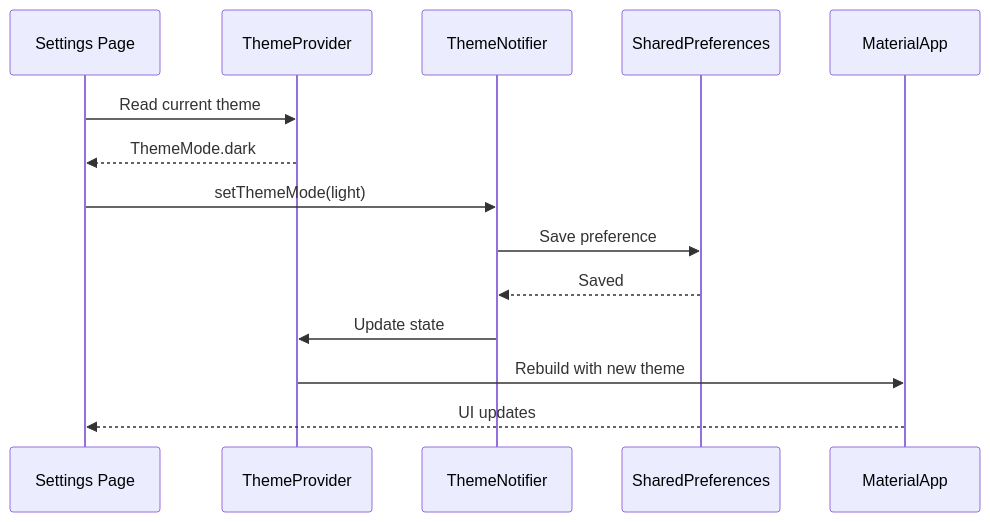
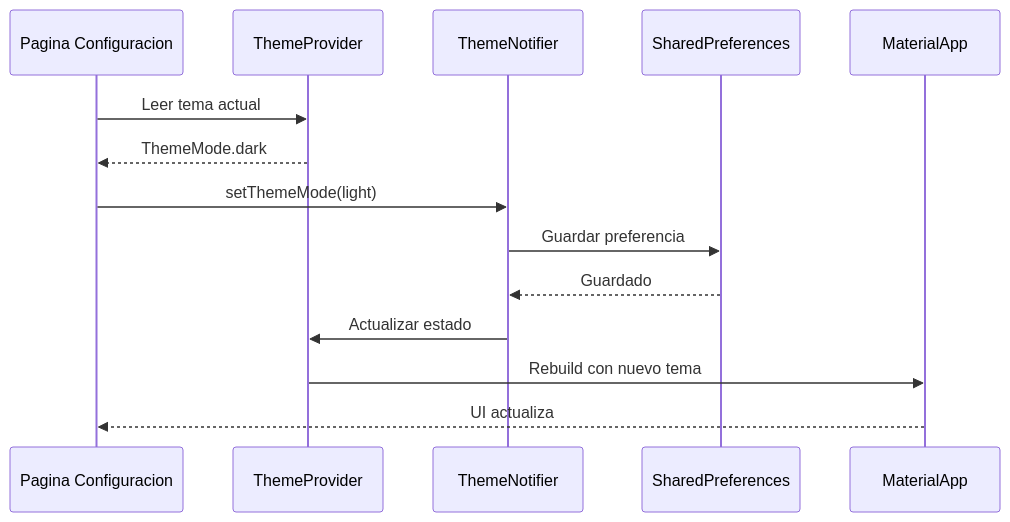
Before and after one commit to altrupets/monorepo: the fifth of 6 diagrams in docs/content/docs/mobile/features.md, drawn with Mermaid. The commit also changed other lines of this file and 4 other files, not shown here.

First line of the commit message:
fix(docs): simplify Mermaid diagrams to resolve rendering errors

````diff
--- a/docs/content/docs/mobile/features.md
+++ b/docs/content/docs/mobile/features.md
@@ -488,18 +488,18 @@
 ```mermaid
 sequenceDiagram
-    participant UI as Settings Page
+    participant UI as Pagina Configuracion
     participant TP as ThemeProvider
     participant TN as ThemeNotifier
     participant Prefs as SharedPreferences
     participant App as MaterialApp
-    
-    UI->>TP: Read current theme
+
+    UI->>TP: Leer tema actual
     TP-->>UI: ThemeMode.dark
-    
+
     UI->>TN: setThemeMode(light)
-    TN->>Prefs: Save preference
-    Prefs-->>TN: Saved
-    TN->>TP: Update state
-    TP->>App: Rebuild with new theme
-    App-->>UI: UI updates
+    TN->>Prefs: Guardar preferencia
+    Prefs-->>TN: Guardado
+    TN->>TP: Actualizar estado
+    TP->>App: Rebuild con nuevo tema
+    App-->>UI: UI actualiza
 ```
````
